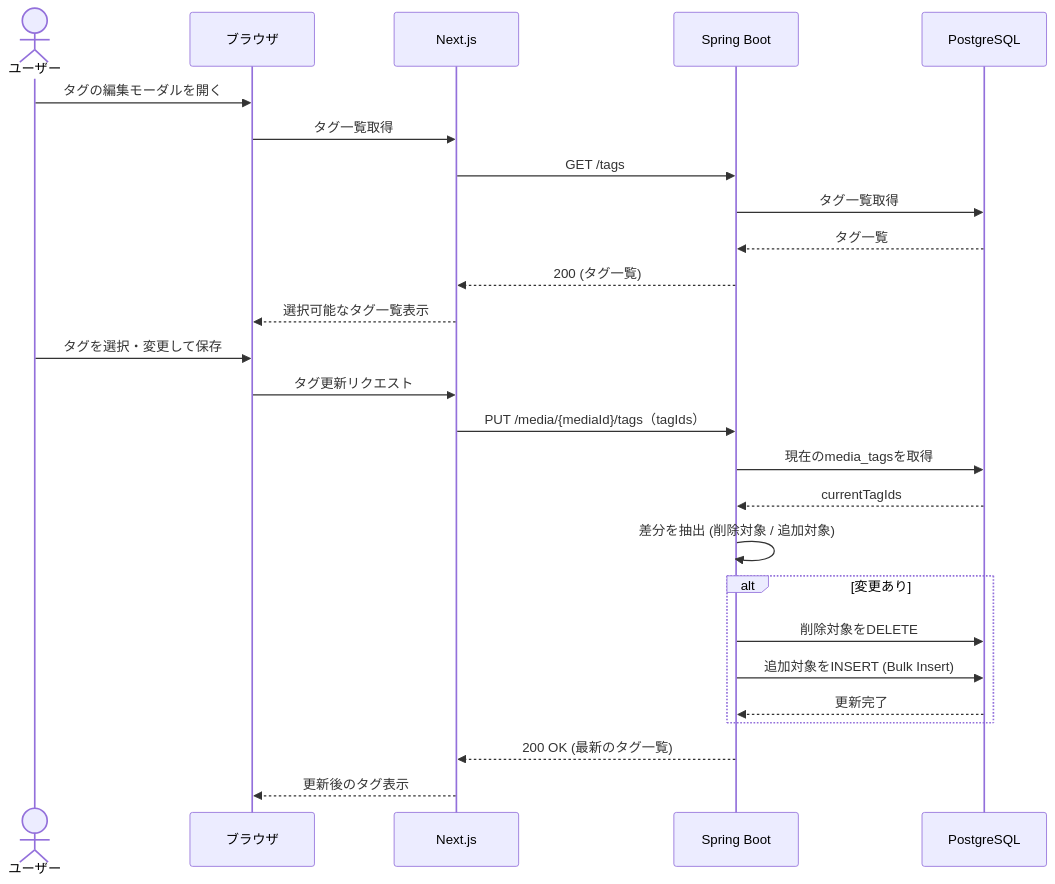
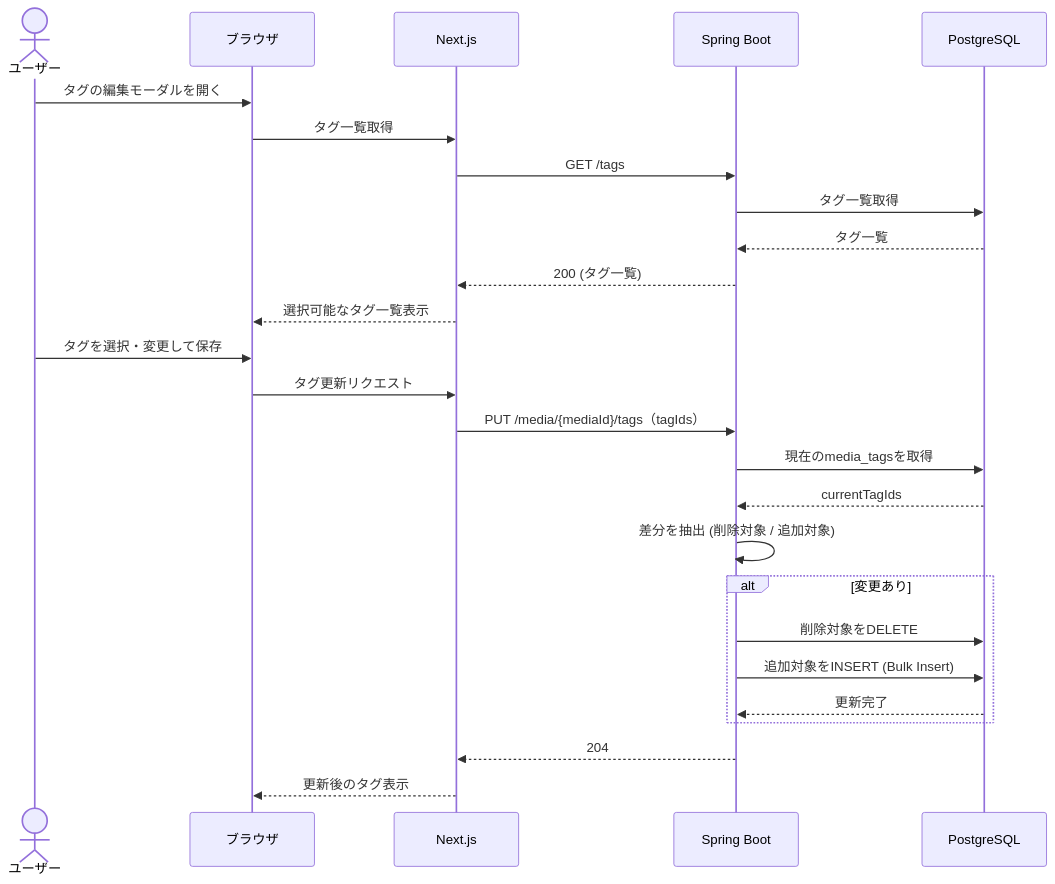
One commit to sakurai1126/chii-piyo changed the fifth of 9 diagrams in docs/sequence.md. Above: the diagram before and after it, drawn with Mermaid. The commit also changed other lines of this file and 1 other file, not shown here.

````diff
--- a/docs/sequence.md
+++ b/docs/sequence.md
@@ -161,33 +175,33 @@
 ```mermaid
 sequenceDiagram
     actor User as ユーザー
     participant Browser as ブラウザ
     participant Next as Next.js
     participant Spring as Spring Boot
     participant DB as PostgreSQL
 
     User->>Browser: タグの編集モーダルを開く
     Browser->>Next: タグ一覧取得
     Next->>Spring: GET /tags
     Spring->>DB: タグ一覧取得
     DB-->>Spring: タグ一覧
     Spring-->>Next: 200 (タグ一覧)
     Next-->>Browser: 選択可能なタグ一覧表示
 
     User->>Browser: タグを選択・変更して保存
     Browser->>Next: タグ更新リクエスト
     Next->>Spring: PUT /media/{mediaId}/tags（tagIds）
     Spring->>DB: 現在のmedia_tagsを取得
     DB-->>Spring: currentTagIds
 
     Spring->>Spring: 差分を抽出 (削除対象 / 追加対象)
 
     alt 変更あり
         Spring->>DB: 削除対象をDELETE
         Spring->>DB: 追加対象をINSERT (Bulk Insert)
         DB-->>Spring: 更新完了
     end
 
-    Spring-->>Next: 200 OK (最新のタグ一覧)
+    Spring-->>Next: 204
     Next-->>Browser: 更新後のタグ表示
 ```
````
